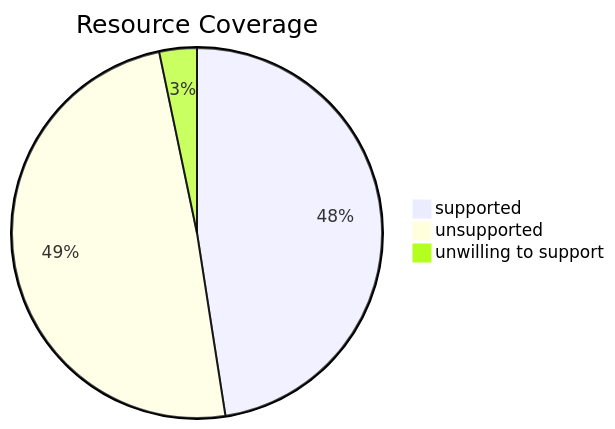
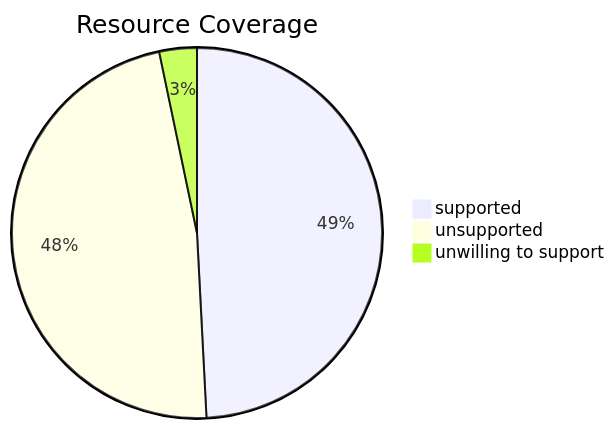
The diagram in README.md (lassoColombo/nuke), drawn with Mermaid before and after one commit. The commit also changed other lines of this file, not shown here.

````diff
--- a/README.md
+++ b/README.md
@@ -153,7 +153,7 @@
 ```mermaid
 pie title Resource Coverage
-    "supported" : 29
-    "unsupported" : 30
+    "supported" : 30
+    "unsupported" : 29
     "unwilling to support" : 2
 
 ```
````
